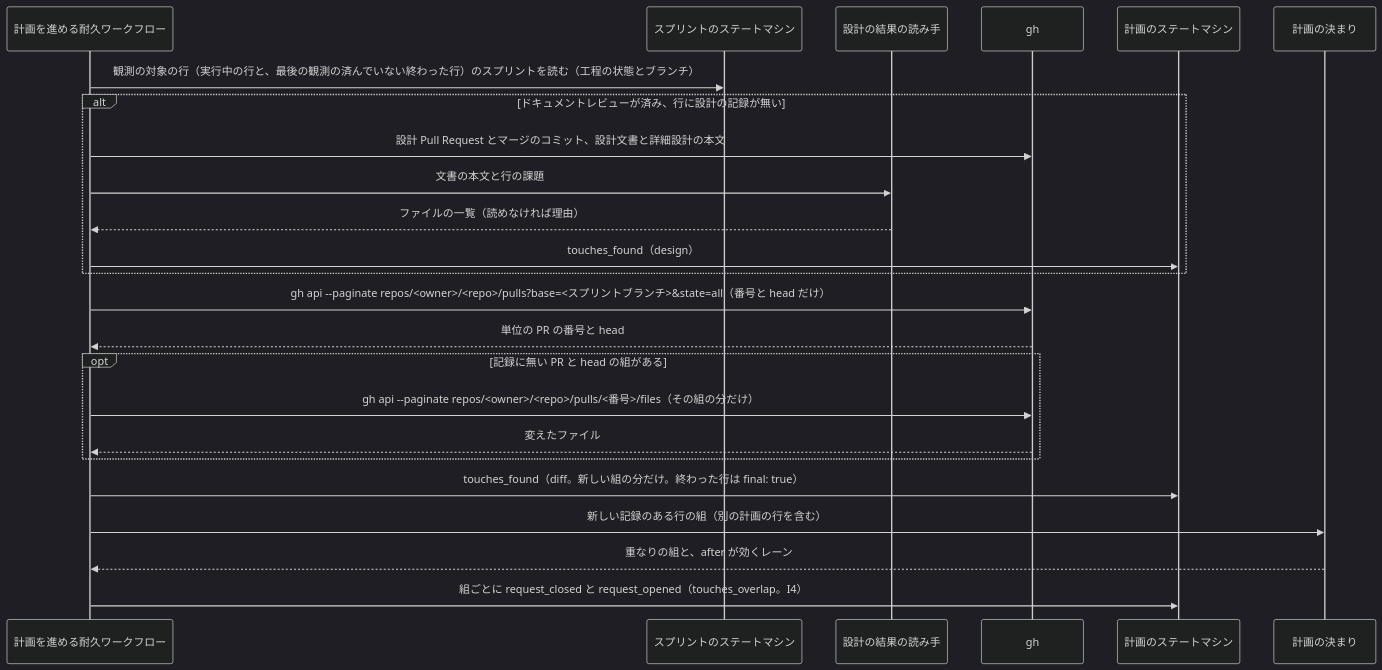
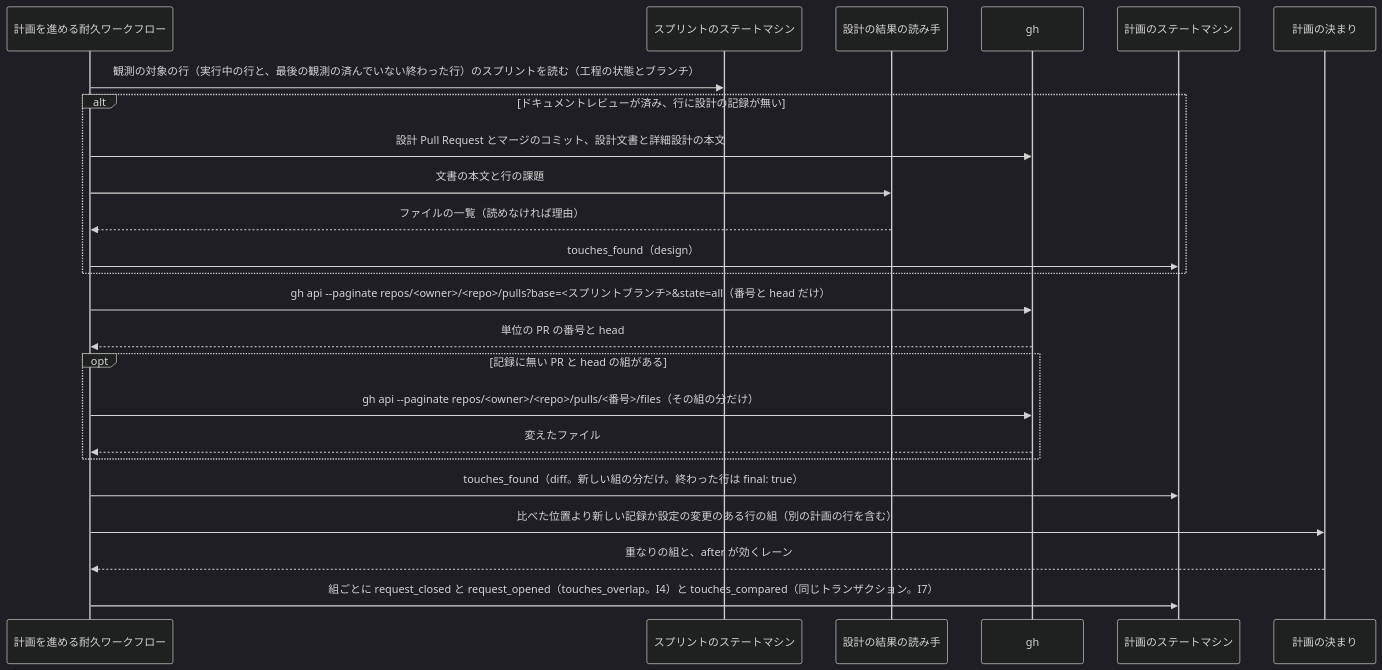
Before and after one commit to devbasex/ai-plugins: the fourth of 5 diagrams in issues/issue-4295-2037-design.md, drawn with Mermaid (dark theme). The commit also changed other lines of this file, not shown here.

````diff
--- a/issues/issue-4295-2037-design.md
+++ b/issues/issue-4295-2037-design.md
@@ -219,26 +223,26 @@
 ```mermaid
 sequenceDiagram
     participant RUN as 計画を進める耐久ワークフロー
     participant SP as スプリントのステートマシン
     participant DR as 設計の結果の読み手
     participant GH as gh
     participant PL as 計画のステートマシン
     participant RU as 計画の決まり
     RUN->>SP: 観測の対象の行（実行中の行と、最後の観測の済んでいない終わった行）のスプリントを読む（工程の状態とブランチ）
     alt ドキュメントレビューが済み、行に設計の記録が無い
         RUN->>GH: 設計 Pull Request とマージのコミット、設計文書と詳細設計の本文
         RUN->>DR: 文書の本文と行の課題
         DR-->>RUN: ファイルの一覧（読めなければ理由）
         RUN->>PL: touches_found（design）
     end
     RUN->>GH: gh api --paginate repos/<owner>/<repo>/pulls?base=<スプリントブランチ>&state=all（番号と head だけ）
     GH-->>RUN: 単位の PR の番号と head
     opt 記録に無い PR と head の組がある
         RUN->>GH: gh api --paginate repos/<owner>/<repo>/pulls/<番号>/files（その組の分だけ）
         GH-->>RUN: 変えたファイル
     end
     RUN->>PL: touches_found（diff。新しい組の分だけ。終わった行は final: true）
-    RUN->>RU: 新しい記録のある行の組（別の計画の行を含む）
+    RUN->>RU: 比べた位置より新しい記録か設定の変更のある行の組（別の計画の行を含む）
     RU-->>RUN: 重なりの組と、after が効くレーン
-    RUN->>PL: 組ごとに request_closed と request_opened（touches_overlap。I4）
+    RUN->>PL: 組ごとに request_closed と request_opened（touches_overlap。I4）と touches_compared（同じトランザクション。I7）
 ```
````
